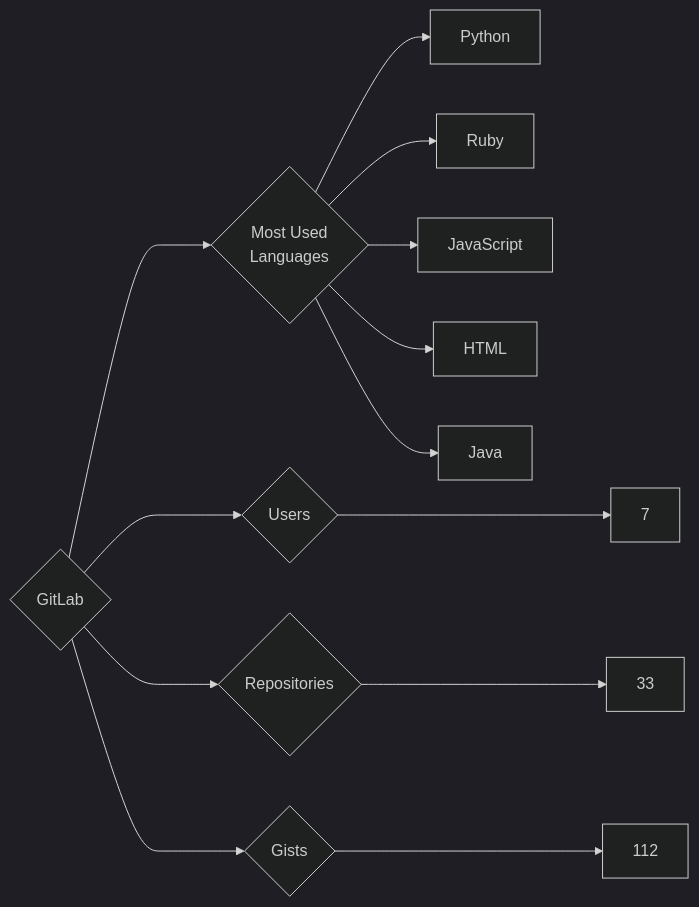
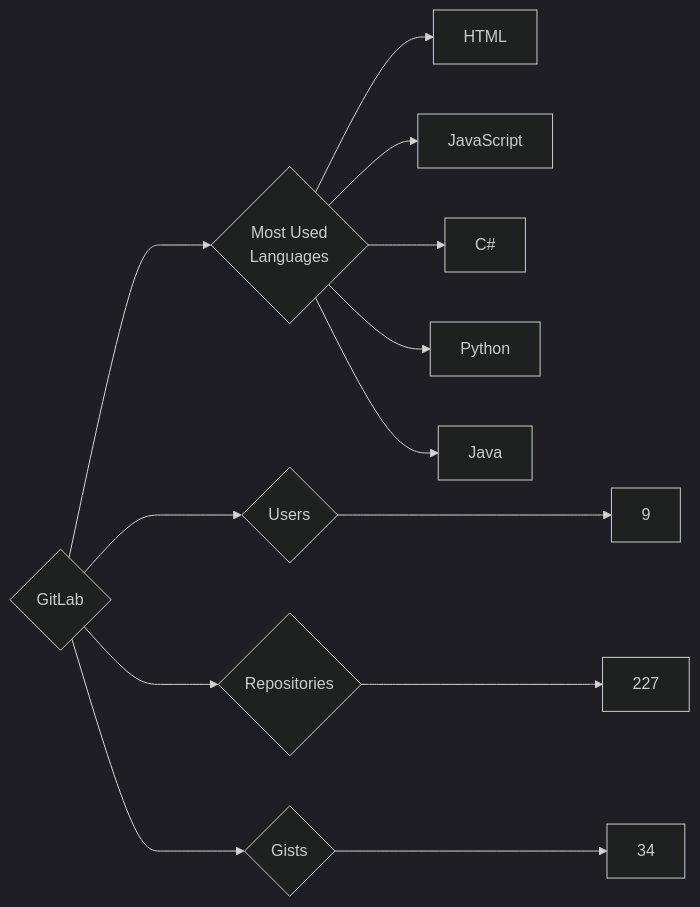
Before and after one commit to trickest/insiders: the diagram in targets/GitLab/README.md, drawn with Mermaid (dark theme). The commit also changed 1314 other files, not shown here.

````diff
--- a/targets/GitLab/README.md
+++ b/targets/GitLab/README.md
@@ -3,13 +3,13 @@
 ```mermaid
 graph LR
 COMPANY_NAME{GitLab}
-COMPANY_NAME ---> U{Users} ---> UN[7]
-COMPANY_NAME ---> R{Repositories} ---> RN[33]
-COMPANY_NAME ---> G{Gists} ---> GN[112]
+COMPANY_NAME ---> U{Users} ---> UN[9]
+COMPANY_NAME ---> R{Repositories} ---> RN[227]
+COMPANY_NAME ---> G{Gists} ---> GN[34]
 COMPANY_NAME ---> ML{Most Used<br>Languages}
+ML --> HTML[HTML]
+ML --> JavaScript[JavaScript]
+ML --> C#[C#]
 ML --> Python[Python]
-ML --> Ruby[Ruby]
-ML --> JavaScript[JavaScript]
-ML --> HTML[HTML]
 ML --> Java[Java]
 ```
````
